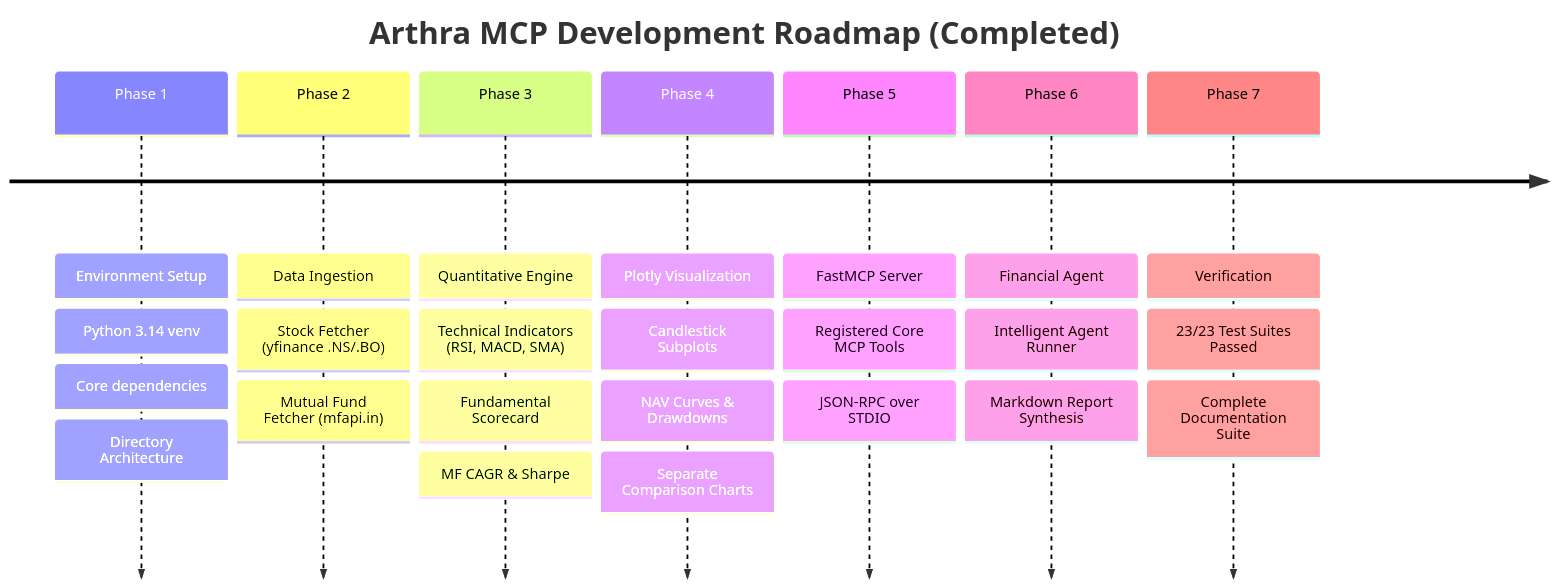
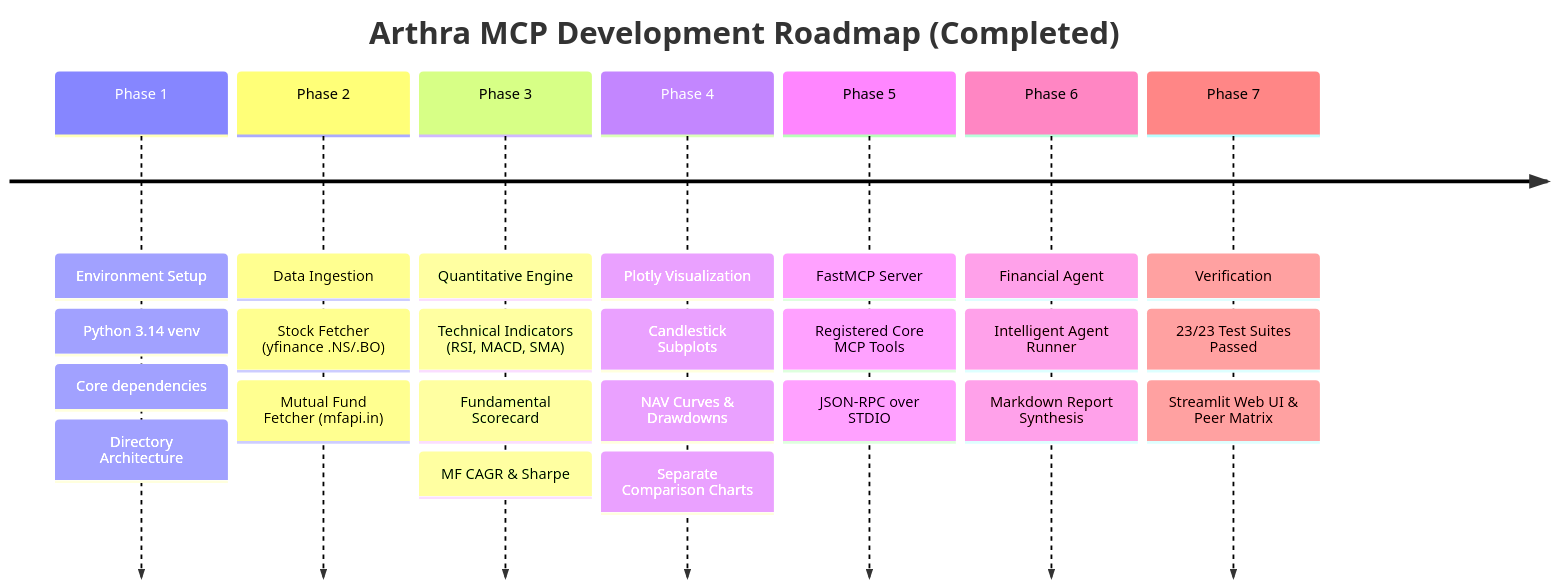
The second of 2 diagrams in README.md (akapoor30/Arthra-MCP), drawn with Mermaid before and after one commit. The commit also changed other lines of this file, not shown here.

Commit message:
updated README.md with Streamlit Web Dashboard & Stock Peer Matrix features

````diff
--- a/README.md
+++ b/README.md
@@ -46,11 +48,11 @@
 ```mermaid
 timeline
     title Arthra MCP Development Roadmap (Completed)
     Phase 1 : Environment Setup : Python 3.14 venv : Core dependencies : Directory Architecture
     Phase 2 : Data Ingestion : Stock Fetcher (yfinance .NS/.BO) : Mutual Fund Fetcher (mfapi.in)
     Phase 3 : Quantitative Engine : Technical Indicators (RSI, MACD, SMA) : Fundamental Scorecard : MF CAGR & Sharpe
     Phase 4 : Plotly Visualization : Candlestick Subplots : NAV Curves & Drawdowns : Separate Comparison Charts
     Phase 5 : FastMCP Server : Registered Core MCP Tools : JSON-RPC over STDIO
     Phase 6 : Financial Agent : Intelligent Agent Runner : Markdown Report Synthesis
-    Phase 7 : Verification : 23/23 Test Suites Passed : Complete Documentation Suite
+    Phase 7 : Verification : 23/23 Test Suites Passed : Streamlit Web UI & Peer Matrix
 ```
````
